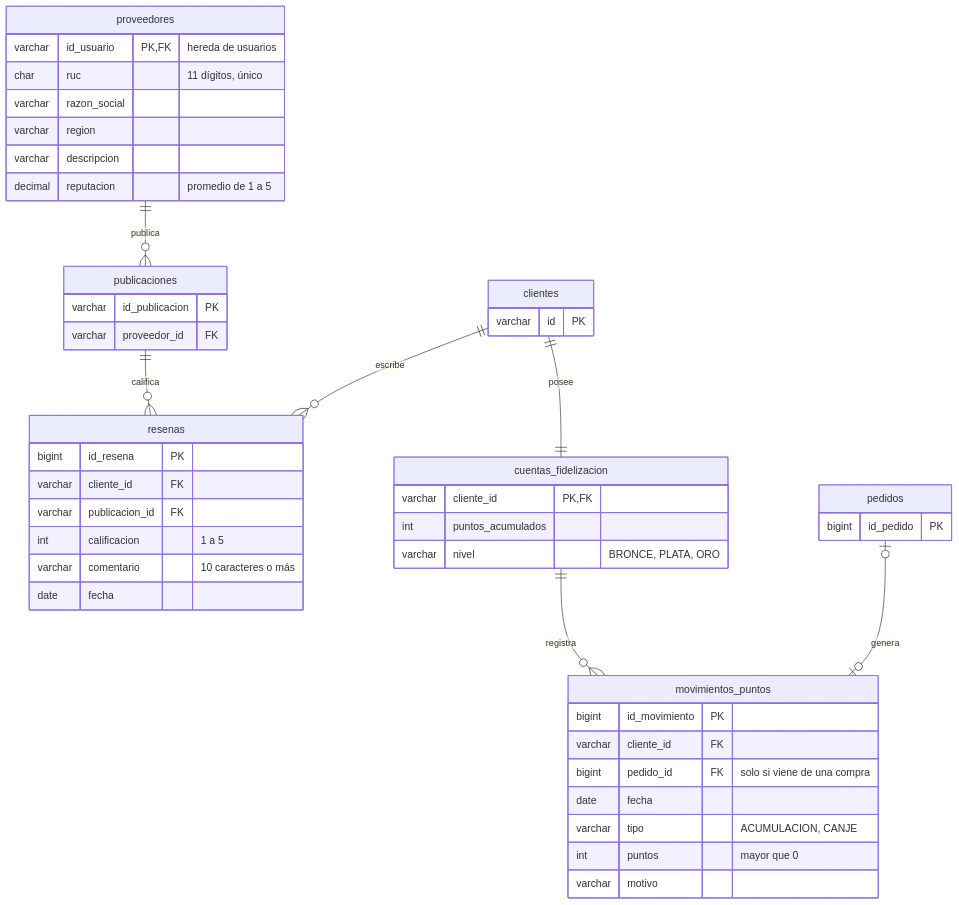
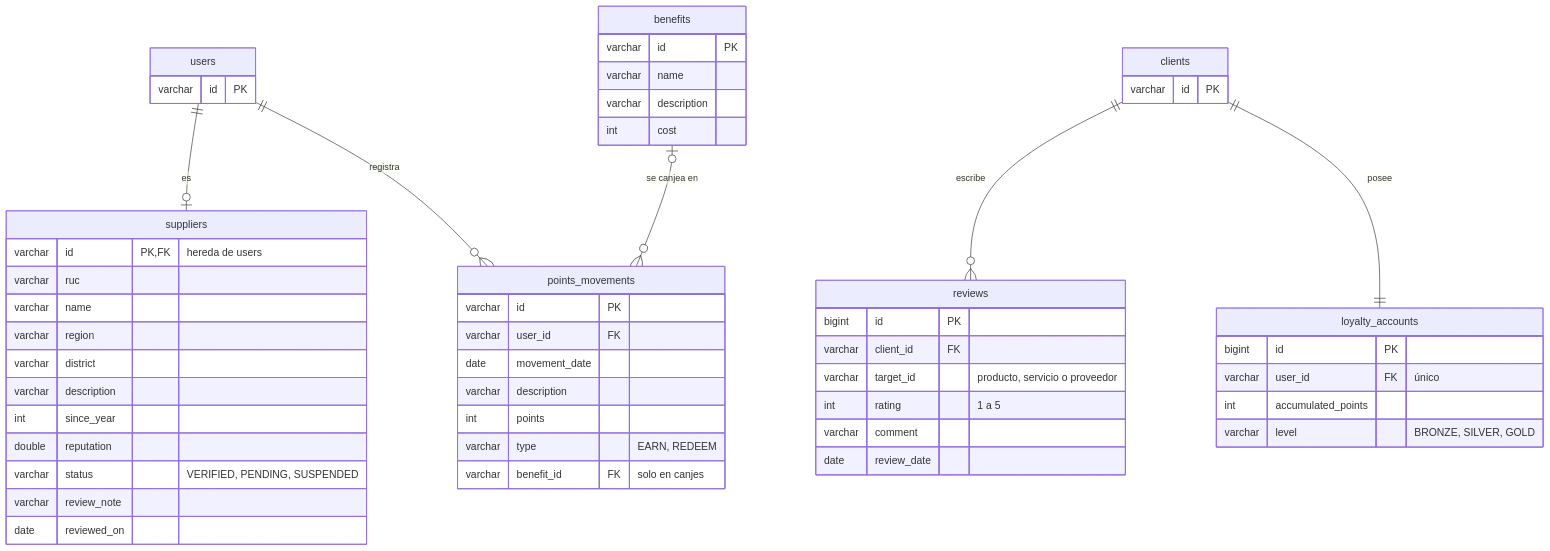
Before and after one commit to esteban-abanto-2709/TecnoLink: the third of 5 diagrams in docs/modelo-datos.md, drawn with Mermaid. The commit also changed other lines of this file and 6 other files, not shown here.

````diff
--- a/docs/modelo-datos.md
+++ b/docs/modelo-datos.md
@@ -108,50 +125,57 @@
 ```mermaid
 erDiagram
-    proveedores ||--o{ publicaciones : "publica"
-    clientes ||--o{ resenas : "escribe"
-    publicaciones ||--o{ resenas : "califica"
-    clientes ||--|| cuentas_fidelizacion : "posee"
-    cuentas_fidelizacion ||--o{ movimientos_puntos : "registra"
-    pedidos |o--o| movimientos_puntos : "genera"
+    users ||--o| suppliers : "es"
+    clients ||--o{ reviews : "escribe"
+    clients ||--|| loyalty_accounts : "posee"
+    users ||--o{ points_movements : "registra"
+    benefits |o--o{ points_movements : "se canjea en"
 
-    clientes {
+    users {
         varchar id PK
     }
-    publicaciones {
-        varchar id_publicacion PK
-        varchar proveedor_id FK
+    clients {
+        varchar id PK
     }
-    pedidos {
-        bigint id_pedido PK
+    suppliers {
+        varchar id PK, FK "hereda de users"
+        varchar ruc
+        varchar name
+        varchar region
+        varchar district
+        varchar description
+        int since_year
+        double reputation
+        varchar status "VERIFIED, PENDING, SUSPENDED"
+        varchar review_note
+        date reviewed_on
     }
-    proveedores {
-        varchar id_usuario PK, FK "hereda de usuarios"
-        char ruc "11 dígitos, único"
-        varchar razon_social
-        varchar region
-        varchar descripcion
-        decimal reputacion "promedio de 1 a 5"
+    reviews {
+        bigint id PK
+        varchar client_id FK
+        varchar target_id "producto, servicio o proveedor"
+        int rating "1 a 5"
+        varchar comment
+        date review_date
     }
-    resenas {
-        bigint id_resena PK
-        varchar cliente_id FK
-        varchar publicacion_id FK
-        int calificacion "1 a 5"
-        varchar comentario "10 caracteres o más"
-        date fecha
+    loyalty_accounts {
+        bigint id PK
+        varchar user_id FK "único"
+        int accumulated_points
+        varchar level "BRONZE, SILVER, GOLD"
     }
-    cuentas_fidelizacion {
-        varchar cliente_id PK, FK
-        int puntos_acumulados
-        varchar nivel "BRONCE, PLATA, ORO"
+    points_movements {
+        varchar id PK
+        varchar user_id FK
+        date movement_date
+        varchar description
+        int points
+        varchar type "EARN, REDEEM"
+        varchar benefit_id FK "solo en canjes"
     }
-    movimientos_puntos {
-        bigint id_movimiento PK
-        varchar cliente_id FK
-        bigint pedido_id FK "solo si viene de una compra"
-        date fecha
-        varchar tipo "ACUMULACION, CANJE"
-        int puntos "mayor que 0"
-        varchar motivo
+    benefits {
+        varchar id PK
+        varchar name
+        varchar description
+        int cost
     }
 ```
````
